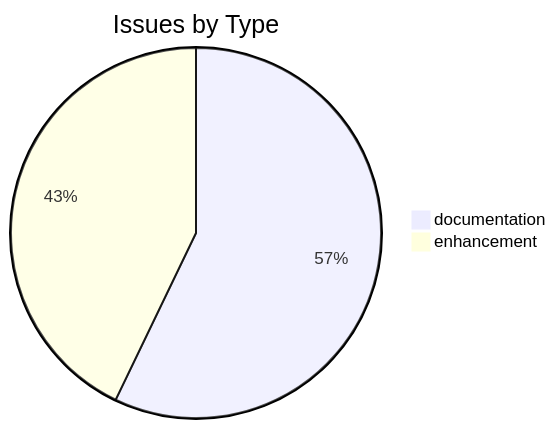
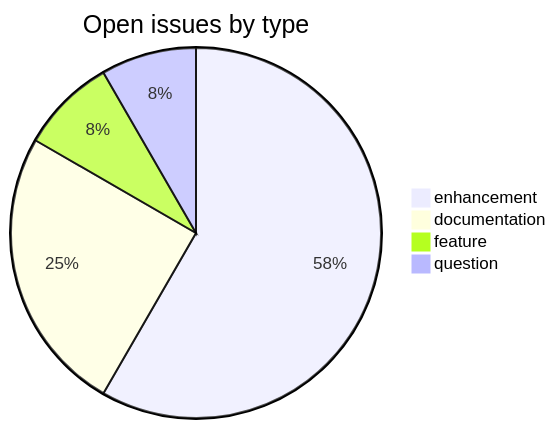
One commit to recursivepaws/csl-inflect changed the first of 2 diagrams in README.md. Above: the diagram before and after it, drawn with Mermaid. The commit also changed other lines of this file, not shown here.

Commit message:
docs(runbook): apply tooling-repo taxonomy (12 open issues)

````diff
--- a/README.md
+++ b/README.md
@@ -17,5 +29,7 @@
 ```mermaid
-pie title Issues by Type
-    "documentation" : 8
-    "enhancement" : 6
+pie title Open issues by type
+    "enhancement" : 7
+    "documentation" : 3
+    "feature" : 1
+    "question" : 1
 ```
````
